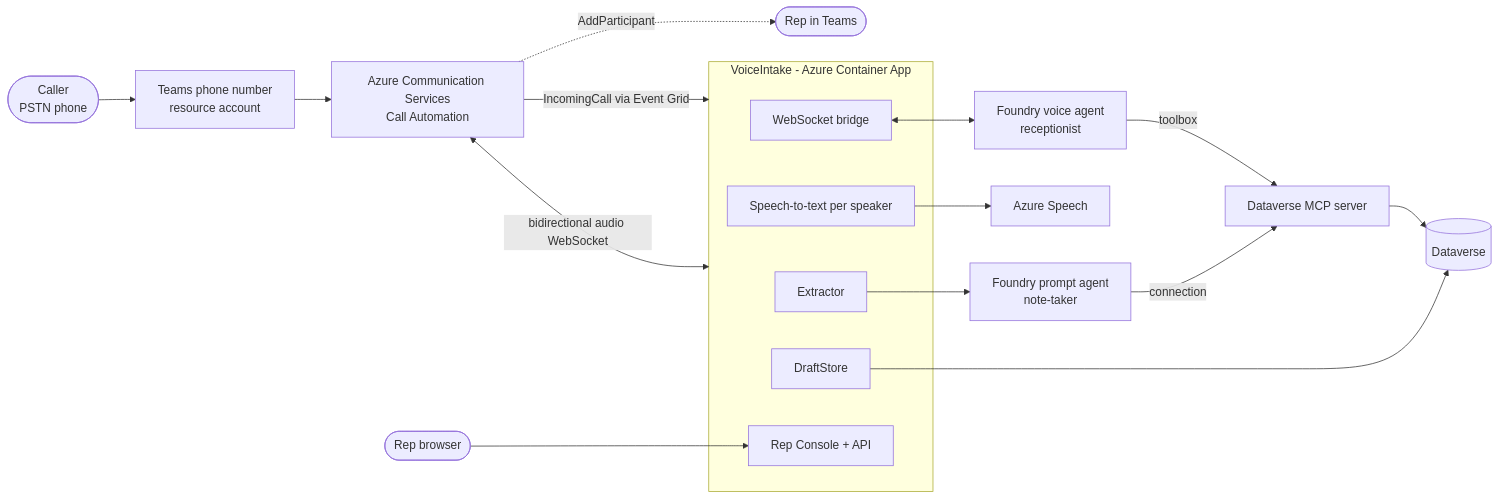
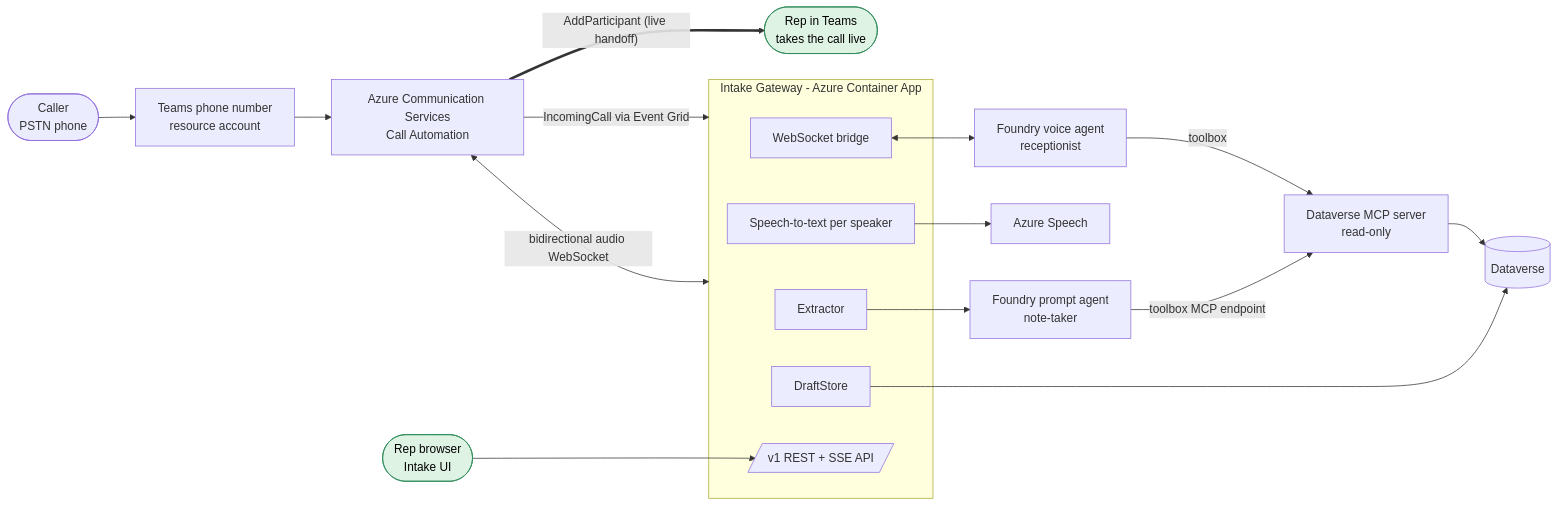
The second of 4 diagrams in docs/02-architecture.md (jmasengeshomsft/floorworks-live-intake), drawn with Mermaid before and after one commit. The commit also changed other lines of this file and 146 other files, not shown here.

First line of the commit message:
Modernize intake gateway and retire legacy C# app

````diff
--- a/docs/02-architecture.md
+++ b/docs/02-architecture.md
@@ -7,23 +48,25 @@
 ```mermaid
 flowchart LR
     caller([Caller<br/>PSTN phone]) --> teamsno[Teams phone number<br/>resource account]
     teamsno --> acs[Azure Communication Services<br/>Call Automation]
-    acs -- IncomingCall via Event Grid --> app
-    acs <-- bidirectional audio WebSocket --> app
-    subgraph app[VoiceIntake - Azure Container App]
-      ws[WebSocket bridge]
+    acs -- IncomingCall via Event Grid --> gw
+    acs <-- bidirectional audio WebSocket --> gw
+    subgraph gw[Intake Gateway - Azure Container App]
+      bridge[WebSocket bridge]
       stt[Speech-to-text per speaker]
       ext[Extractor]
       store[DraftStore]
-      ui[Rep Console + API]
+      api[/v1 REST + SSE API/]
     end
-    ws <--> voice[Foundry voice agent<br/>receptionist]
+    bridge <--> voice[Foundry voice agent<br/>receptionist]
     stt --> speech[Azure Speech]
     ext --> note[Foundry prompt agent<br/>note-taker]
     voice -- toolbox --> mcp
-    note -- connection --> mcp[Dataverse MCP server]
+    note -- toolbox MCP endpoint --> mcp[Dataverse MCP server<br/>read-only]
     mcp --> dv[(Dataverse)]
     store --> dv
-    rep([Rep browser]) --> ui
-    acs -. AddParticipant .-> repteams([Rep in Teams])
+    rep([Rep browser<br/>Intake UI]) --> api
+    acs == "AddParticipant (live handoff)" ==> repteams([Rep in Teams<br/>takes the call live])
+    classDef live fill:#dff3e4,stroke:#2e8b57,color:#000
+    class repteams,rep live
 ```
````
